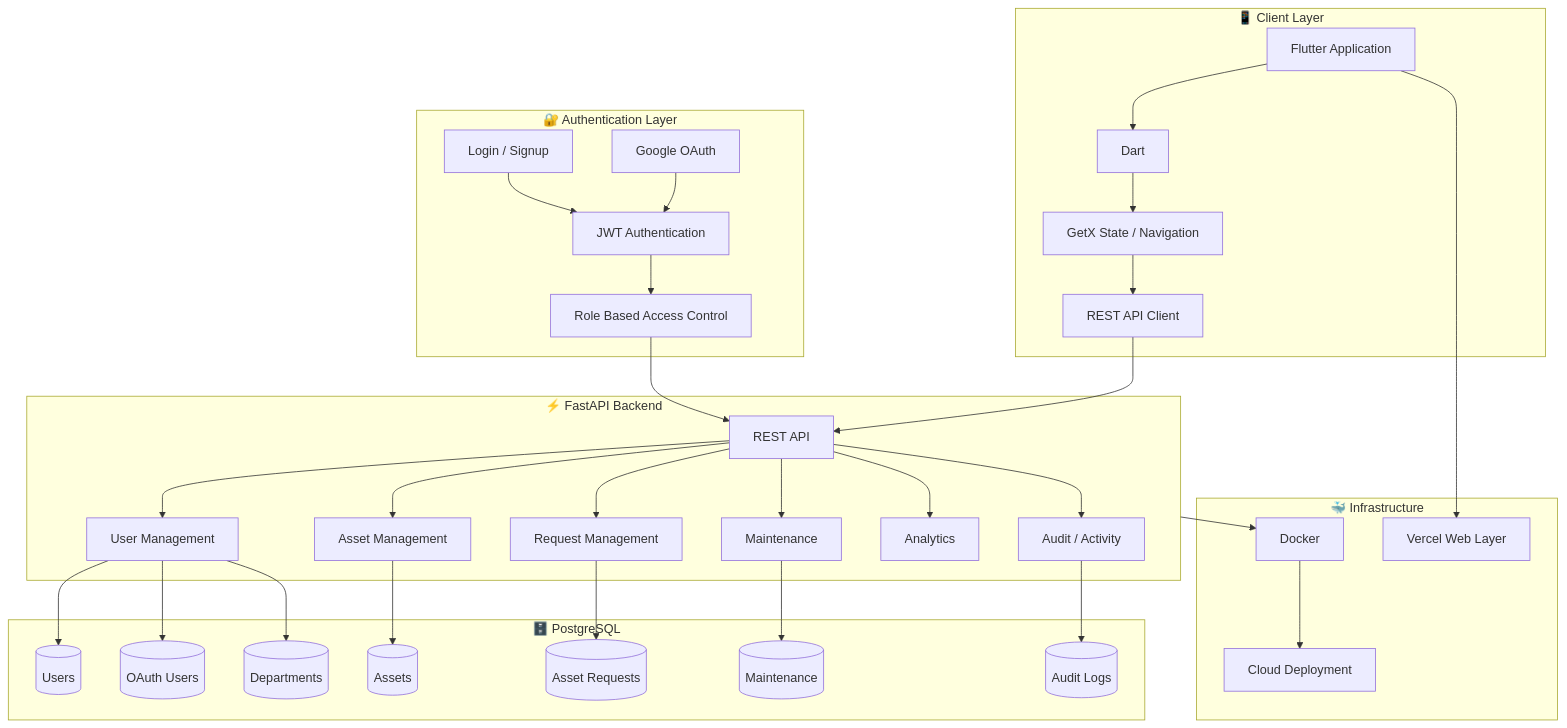
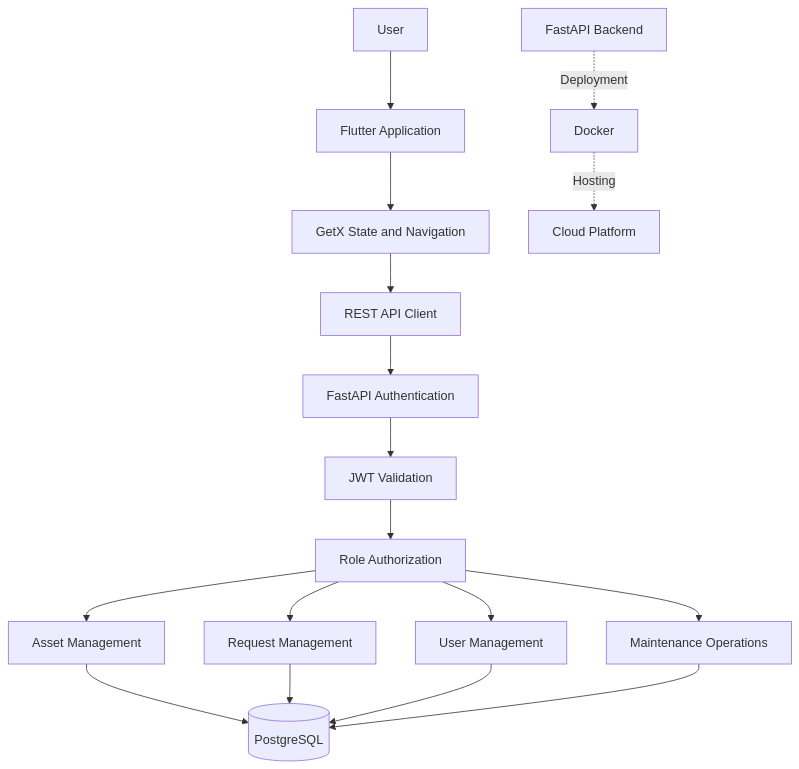
One commit to Sumit-singh2398/orgaflow_app changed the diagram in README.md. Above: the diagram before and after it, drawn with Mermaid. The commit also changed other lines of this file, not shown here.

````diff
--- a/README.md
+++ b/README.md
@@ -709,72 +487,23 @@
 ```mermaid
 flowchart TD
+    U[User] --> F[Flutter Application]
+    F --> UI[GetX State and Navigation]
+    UI --> API[REST API Client]
 
-    subgraph CLIENT["📱 Client Layer"]
-        FLUTTER["Flutter Application"]
-        DART["Dart"]
-        GETX["GetX State / Navigation"]
-        HTTP["REST API Client"]
-    end
+    API --> AUTH[FastAPI Authentication]
+    AUTH --> JWT[JWT Validation]
+    JWT --> RBAC[Role Authorization]
 
-    subgraph AUTH["🔐 Authentication Layer"]
-        LOGIN["Login / Signup"]
-        GOOGLE["Google OAuth"]
-        JWT["JWT Authentication"]
-        RBAC["Role Based Access Control"]
-    end
+    RBAC --> AS[Asset Management]
+    RBAC --> REQ[Request Management]
+    RBAC --> USERS[User Management]
+    RBAC --> MAINT[Maintenance Operations]
 
-    subgraph BACKEND["⚡ FastAPI Backend"]
-        API["REST API"]
-        USERS["User Management"]
-        ASSETS["Asset Management"]
-        REQUESTS["Request Management"]
-        MAINT["Maintenance"]
-        ANALYTICS["Analytics"]
-        AUDIT["Audit / Activity"]
-    end
+    AS --> DB[(PostgreSQL)]
+    REQ --> DB
+    USERS --> DB
+    MAINT --> DB
 
-    subgraph DATABASE["🗄️ PostgreSQL"]
-        USERDB[("Users")]
-        OAUTHDB[("OAuth Users")]
-        ASSETDB[("Assets")]
-        REQDB[("Asset Requests")]
-        DEPTDB[("Departments")]
-        MAINTDB[("Maintenance")]
-        AUDITDB[("Audit Logs")]
-    end
-
-    subgraph INFRA["🐳 Infrastructure"]
-        DOCKER["Docker"]
-        CLOUD["Cloud Deployment"]
-        VERCEL["Vercel Web Layer"]
-    end
-
-    FLUTTER --> DART
-    DART --> GETX
-    GETX --> HTTP
-    HTTP --> API
-
-    LOGIN --> JWT
-    GOOGLE --> JWT
-    JWT --> RBAC
-    RBAC --> API
-
-    API --> USERS
-    API --> ASSETS
-    API --> REQUESTS
-    API --> MAINT
-    API --> ANALYTICS
-    API --> AUDIT
-
-    USERS --> USERDB
-    USERS --> OAUTHDB
-    ASSETS --> ASSETDB
-    REQUESTS --> REQDB
-    USERS --> DEPTDB
-    MAINT --> MAINTDB
-    AUDIT --> AUDITDB
-
-    BACKEND --> DOCKER
-    DOCKER --> CLOUD
-    FLUTTER --> VERCEL
+    BE[FastAPI Backend] -. Deployment .-> DOCKER[Docker]
+    DOCKER -. Hosting .-> CLOUD[Cloud Platform]
 ```
````
